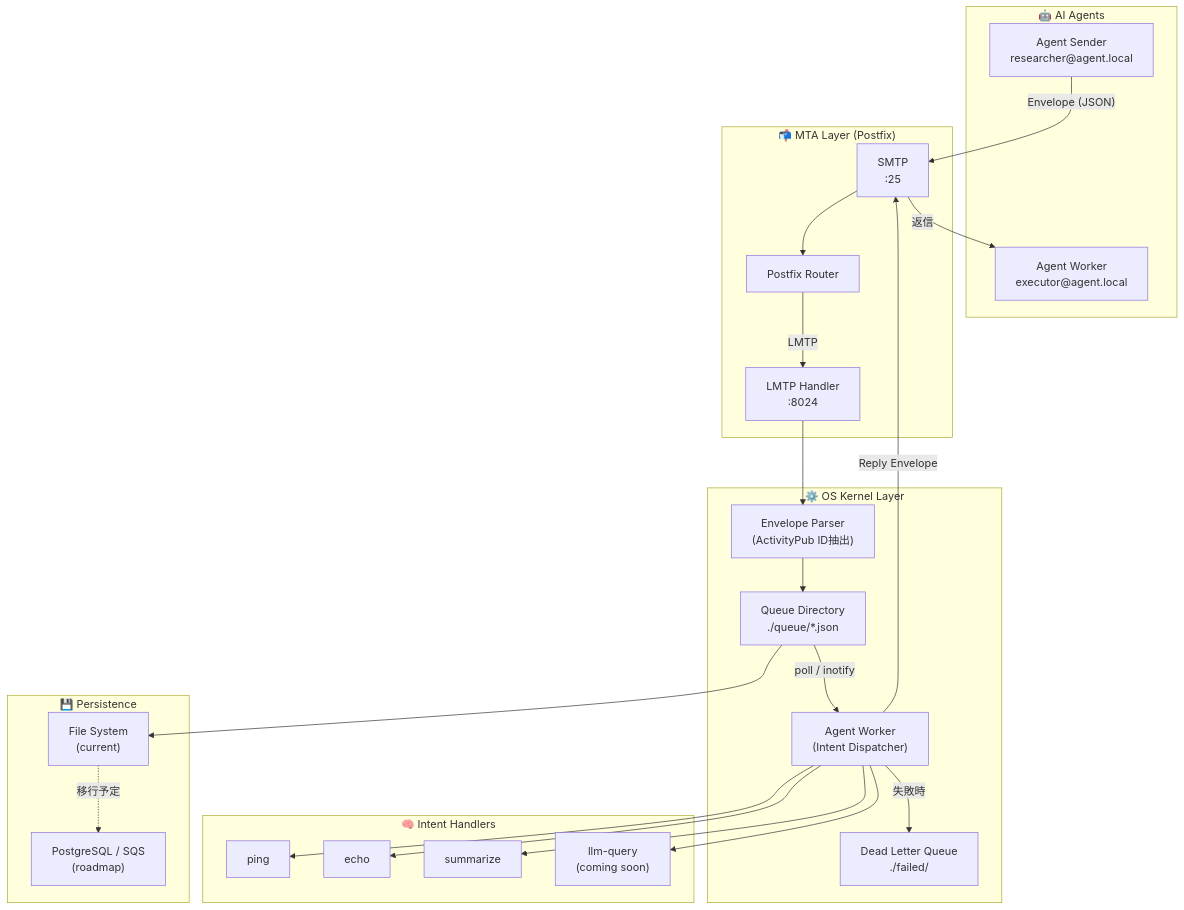
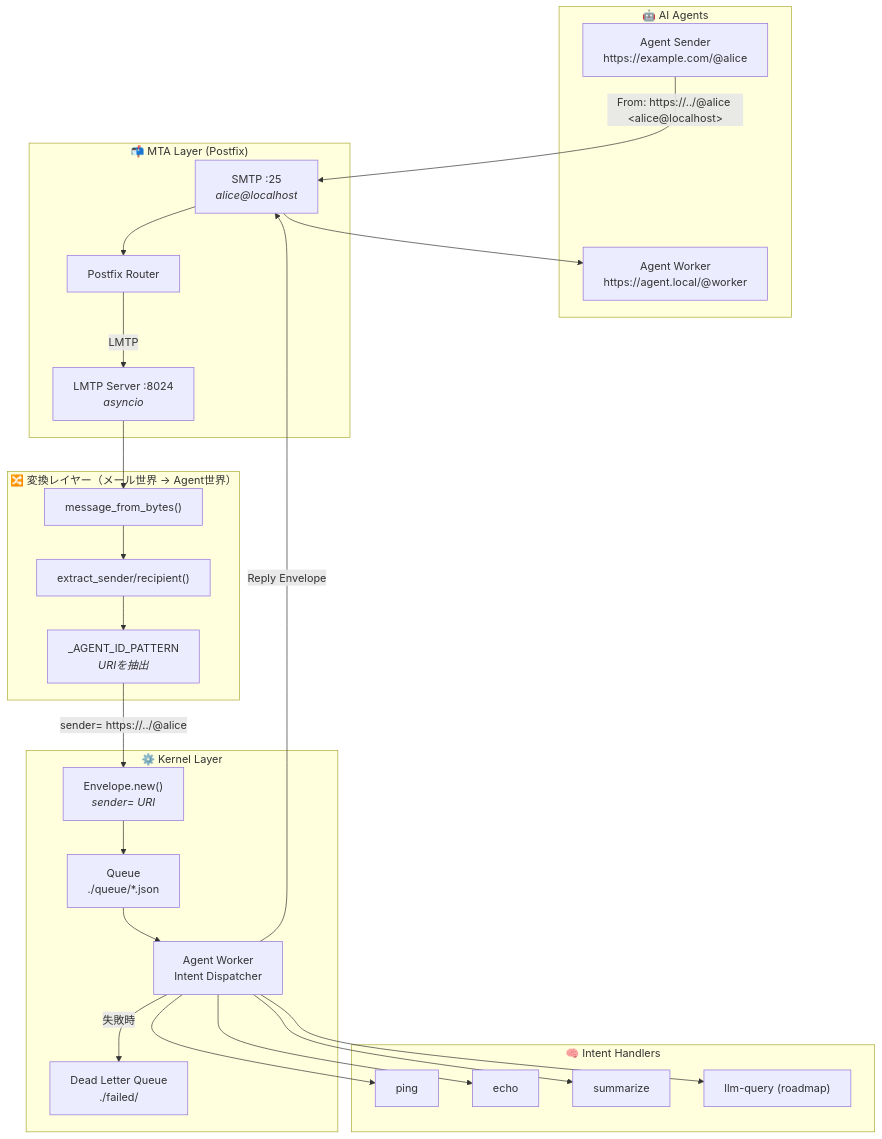
One commit to raberabe1121/ai-agent-hub changed the diagram in README.md. Above: the diagram before and after it, drawn with Mermaid. The commit also changed other lines of this file, not shown here.

````diff
--- a/README.md
+++ b/README.md
@@ -30,48 +37,50 @@
 ```mermaid
 flowchart TD
     subgraph Agents["🤖 AI Agents"]
-        A1["Agent Sender<br/>researcher@agent.local"]
-        A2["Agent Worker<br/>executor@agent.local"]
+        A1["Agent Sender<br/>https://example.com/@alice"]
+        A2["Agent Worker<br/>https://agent.local/@worker"]
     end
 
     subgraph MTA["📬 MTA Layer (Postfix)"]
-        SMTP["SMTP\n:25"]
+        SMTP["SMTP :25<br/><i>alice@localhost</i>"]
         PF["Postfix Router"]
-        LMTP["LMTP Handler\n:8024"]
+        LMTP["LMTP Server :8024<br/><i>asyncio</i>"]
     end
 
-    subgraph Kernel["⚙️ OS Kernel Layer"]
-        ENV["Envelope Parser\n(ActivityPub ID抽出)"]
-        QUEUE["Queue Directory\n./queue/*.json"]
-        WORKER["Agent Worker\n(Intent Dispatcher)"]
-        DLQ["Dead Letter Queue\n./failed/"]
+    subgraph Bridge["🔀 変換レイヤー（メール世界 → Agent世界）"]
+        MIME["message_from_bytes()"]
+        EX["extract_sender/recipient()"]
+        RE["_AGENT_ID_PATTERN<br/><i>URIを抽出</i>"]
+    end
+
+    subgraph Kernel["⚙️ Kernel Layer"]
+        ENV["Envelope.new()<br/><i>sender= URI</i>"]
+        QUEUE["Queue<br/>./queue/*.json"]
+        WORKER["Agent Worker<br/>Intent Dispatcher"]
+        DLQ["Dead Letter Queue<br/>./failed/"]
     end
 
     subgraph Intents["🧠 Intent Handlers"]
         I1["ping"]
         I2["echo"]
         I3["summarize"]
-        I4["llm-query\n(coming soon)"]
+        I4["llm-query (roadmap)"]
     end
 
-    subgraph Storage["💾 Persistence"]
-        FS["File System\n(current)"]
-        DB["PostgreSQL / SQS\n(roadmap)"]
-    end
-
-    A1 -->|"Envelope (JSON)"| SMTP
+    A1 -->|"From: https://../@alice &lt;alice@localhost&gt;"| SMTP
     SMTP --> PF
-    PF -->|"LMTP"| LMTP
-    LMTP --> ENV
+    PF -->|LMTP| LMTP
+    LMTP --> MIME
+    MIME --> EX
+    EX --> RE
+    RE -->|"sender= https://../@alice"| ENV
     ENV --> QUEUE
-    QUEUE -->|"poll / inotify"| WORKER
+    QUEUE --> WORKER
     WORKER --> I1
     WORKER --> I2
     WORKER --> I3
     WORKER --> I4
-    WORKER -->|"失敗時"| DLQ
+    WORKER -->|失敗時| DLQ
     WORKER -->|"Reply Envelope"| SMTP
-    SMTP -->|"返信"| A2
-    QUEUE --> FS
-    FS -.->|"移行予定"| DB
+    SMTP --> A2
 ```
````
